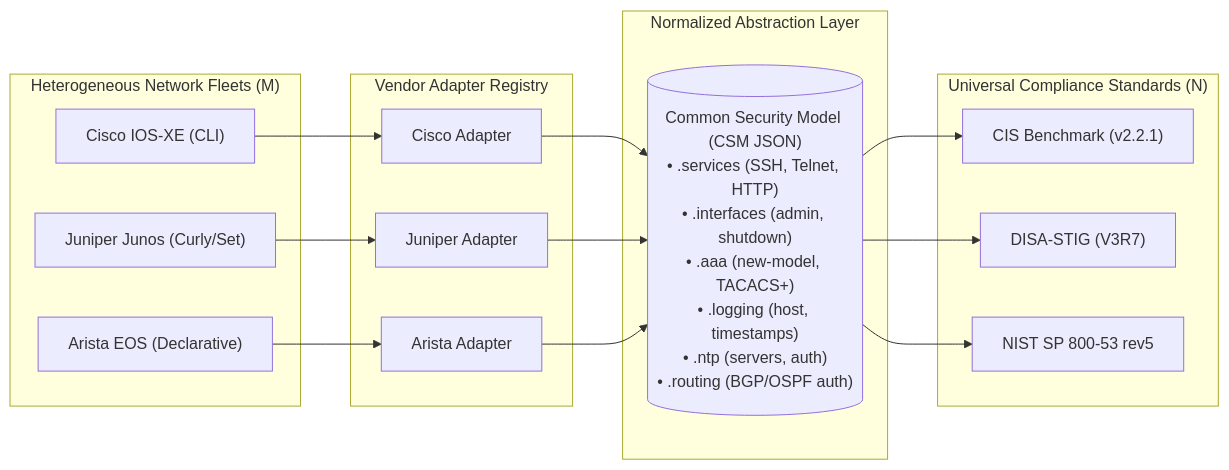
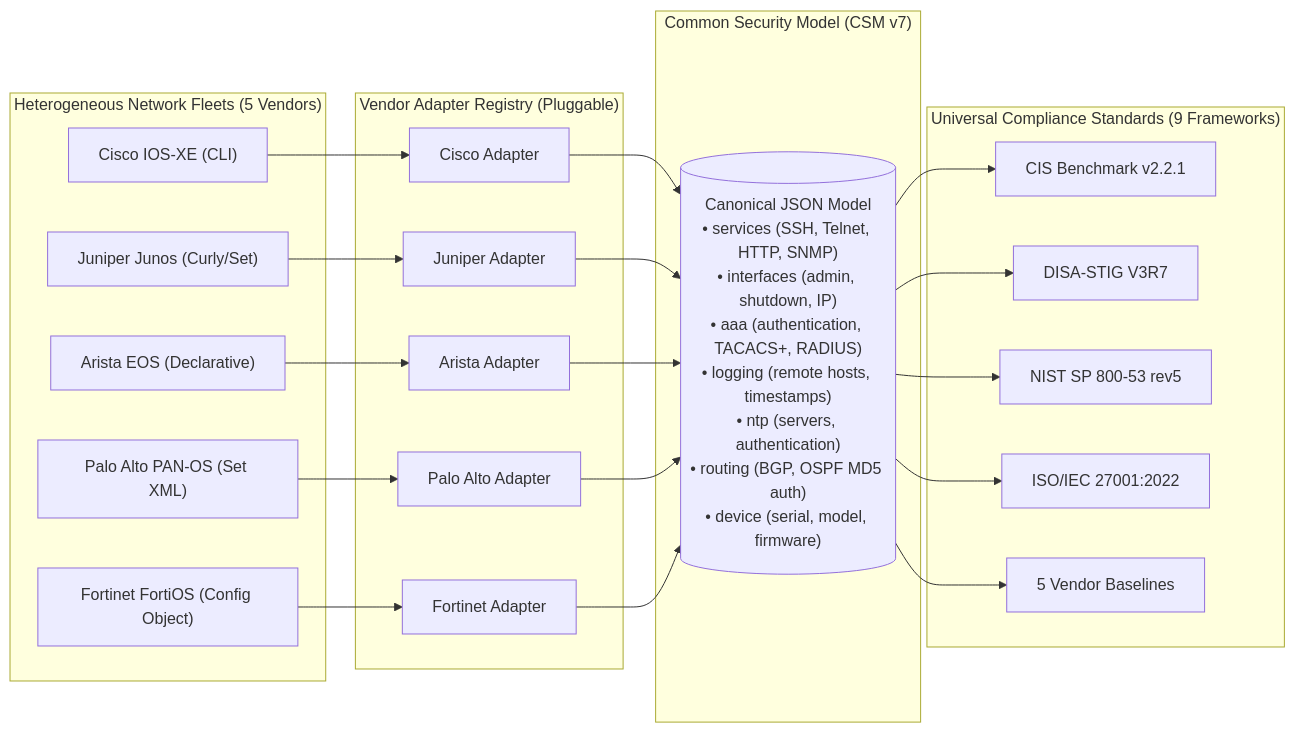
Before and after one commit to Balrajukonne2629/SIH2026-PS155: the second of 4 diagrams in docs/ARCHITECTURE_2PAGER.md, drawn with Mermaid. The commit also changed other lines of this file and 9 other files, not shown here.

Commit message:
fix(docs): synchronize 5-vendor architecture, 9 frameworks, and 82 controls across landing page and specifications

````diff
--- a/docs/ARCHITECTURE_2PAGER.md
+++ b/docs/ARCHITECTURE_2PAGER.md
@@ -157,30 +157,38 @@
 ```mermaid
 flowchart LR
-    subgraph VENDORS ["Heterogeneous Network Fleets (M)"]
+    subgraph VENDORS ["Heterogeneous Network Fleets (5 Vendors)"]
         C["Cisco IOS-XE (CLI)"]
         J["Juniper Junos (Curly/Set)"]
         A["Arista EOS (Declarative)"]
+        P["Palo Alto PAN-OS (Set XML)"]
+        F["Fortinet FortiOS (Config Object)"]
     end
 
-    subgraph ADAPTERS ["Vendor Adapter Registry"]
+    subgraph ADAPTERS ["Vendor Adapter Registry (Pluggable)"]
         CA["Cisco Adapter"]
         JA["Juniper Adapter"]
         AA["Arista Adapter"]
+        PA["Palo Alto Adapter"]
+        FA["Fortinet Adapter"]
     end
 
-    subgraph CSM_LAYER ["Normalized Abstraction Layer"]
-        CSM[("Common Security Model (CSM JSON)<br/>• .services (SSH, Telnet, HTTP)<br/>• .interfaces (admin, shutdown)<br/>• .aaa (new-model, TACACS+)<br/>• .logging (host, timestamps)<br/>• .ntp (servers, auth)<br/>• .routing (BGP/OSPF auth)")]
+    subgraph CSM_LAYER ["Common Security Model (CSM v7)"]
+        CSM[("Canonical JSON Model<br/>• services (SSH, Telnet, HTTP, SNMP)<br/>• interfaces (admin, shutdown, IP)<br/>• aaa (authentication, TACACS+, RADIUS)<br/>• logging (remote hosts, timestamps)<br/>• ntp (servers, authentication)<br/>• routing (BGP, OSPF MD5 auth)<br/>• device (serial, model, firmware)")]
     end
 
-    subgraph FRAMEWORKS ["Universal Compliance Standards (N)"]
-        CIS["CIS Benchmark (v2.2.1)"]
-        STIG["DISA-STIG (V3R7)"]
+    subgraph FRAMEWORKS ["Universal Compliance Standards (9 Frameworks)"]
+        CIS["CIS Benchmark v2.2.1"]
+        STIG["DISA-STIG V3R7"]
         NIST["NIST SP 800-53 rev5"]
+        ISO["ISO/IEC 27001:2022"]
+        BASE["5 Vendor Baselines"]
     end
 
     C --> CA
     J --> JA
     A --> AA
-    CA & JA & AA --> CSM
-    CSM --> CIS & STIG & NIST
+    P --> PA
+    F --> FA
+    CA & JA & AA & PA & FA --> CSM
+    CSM --> CIS & STIG & NIST & ISO & BASE
 ```
````
